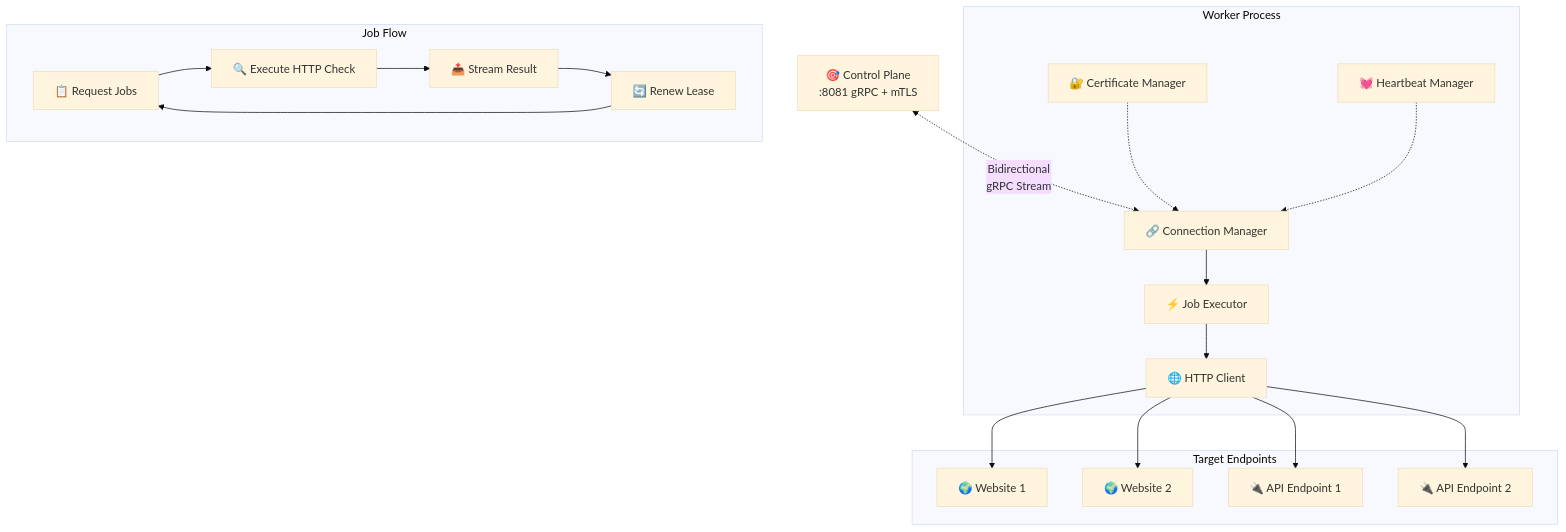
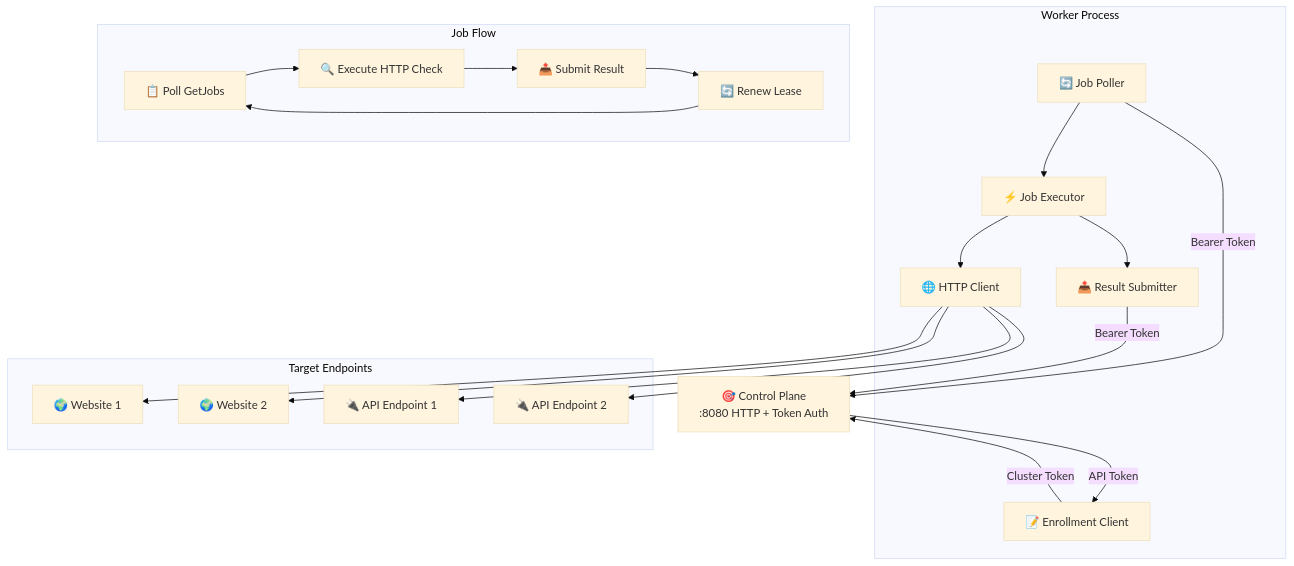
One commit to crisog/openseer changed the diagram in cmd/worker/README.md. Above: the diagram before and after it, drawn with Mermaid (base theme). The commit also changed other lines of this file and 50 other files, not shown here.

Commit message:
feat!: replace mTLS streams with token-auth HTTP polling (#1)

````diff
--- a/cmd/worker/README.md
+++ b/cmd/worker/README.md
@@ -7,43 +7,46 @@
 ```mermaid
 graph TB
-    ControlPlane[🎯 Control Plane<br/>:8081 gRPC + mTLS]
+    ControlPlane[🎯 Control Plane<br/>:8080 HTTP + Token Auth]
 
     subgraph "Worker Process"
-        Connection[🔗 Connection Manager]
+        Enrollment[📝 Enrollment Client]
+        Poller[🔄 Job Poller]
         JobExecutor[⚡ Job Executor]
         HTTPClient[🌐 HTTP Client]
-        Certificate[🔐 Certificate Manager]
-        Heartbeat[💓 Heartbeat Manager]
+        ResultSubmitter[📤 Result Submitter]
     end
 
     subgraph "Job Flow"
-        RequestJobs[📋 Request Jobs]
+        PollJobs[📋 Poll GetJobs]
         ExecuteCheck[🔍 Execute HTTP Check]
-        StreamResult[📤 Stream Result]
+        SubmitResult[📤 Submit Result]
         RenewLease[🔄 Renew Lease]
     end
 
     subgraph "Target Endpoints"
         Website1[🌍 Website 1]
         Website2[🌍 Website 2]
         API1[🔌 API Endpoint 1]
         API2[🔌 API Endpoint 2]
     end
 
-    ControlPlane <-.->|Bidirectional<br/>gRPC Stream| Connection
+    Enrollment -->|Cluster Token| ControlPlane
+    ControlPlane -->|API Token| Enrollment
 
-    Connection --> JobExecutor
+    Poller -->|Bearer Token| ControlPlane
+    ResultSubmitter -->|Bearer Token| ControlPlane
+
+    Poller --> JobExecutor
     JobExecutor --> HTTPClient
-    Certificate -.-> Connection
-    Heartbeat -.-> Connection
+    JobExecutor --> ResultSubmitter
 
-    RequestJobs --> ExecuteCheck
-    ExecuteCheck --> StreamResult
-    StreamResult --> RenewLease
-    RenewLease --> RequestJobs
+    PollJobs --> ExecuteCheck
+    ExecuteCheck --> SubmitResult
+    SubmitResult --> RenewLease
+    RenewLease --> PollJobs
 
     HTTPClient --> Website1
     HTTPClient --> Website2
     HTTPClient --> API1
     HTTPClient --> API2
 ```
````
